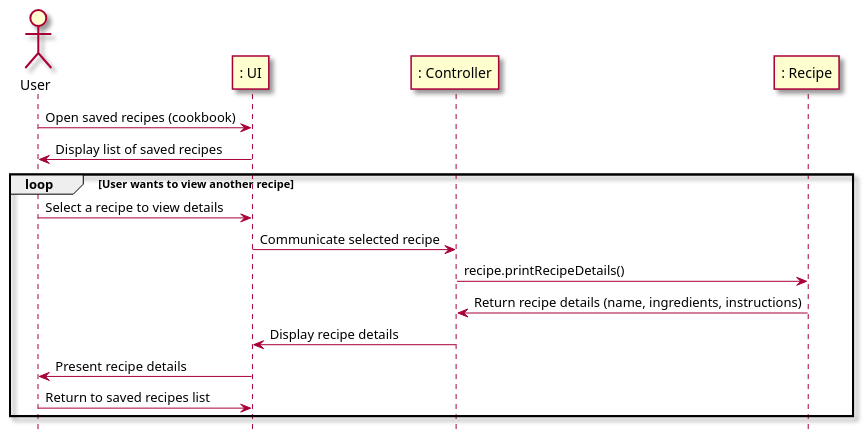
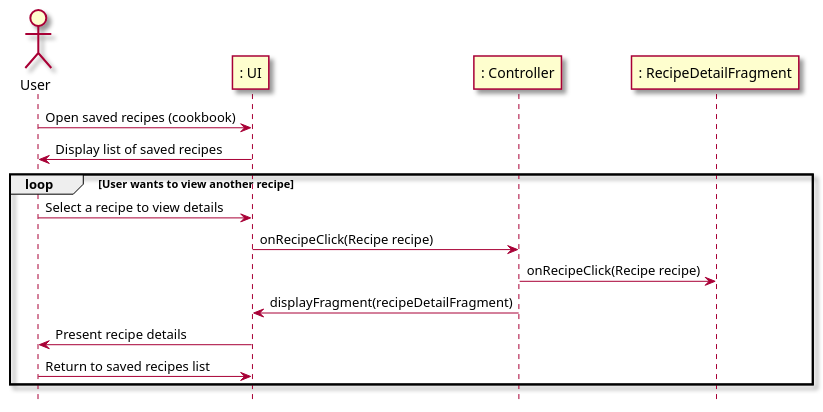
The second of 2 diagrams in intellij/doc/use-cases/view_saved_recipes.md (berthashipper/Pantry-Pal-Android-Application), drawn with PlantUML before and after one commit.

Commit message:
Change descriptive lines into method in view_saved_recipes.md

````diff
--- a/intellij/doc/use-cases/view_saved_recipes.md
+++ b/intellij/doc/use-cases/view_saved_recipes.md
@@ -67,25 +67,24 @@
 ```plantuml
 @startuml
 skin rose
 
 hide footbox
 
 actor User as user
 participant ": UI" as ui
 participant ": Controller" as cont
-participant ": Recipe" as rec
+participant ": RecipeDetailFragment" as rdf
 
 user -> ui: Open saved recipes (cookbook)
 ui -> user: Display list of saved recipes
 loop User wants to view another recipe
     user -> ui: Select a recipe to view details
-    ui -> cont: Communicate selected recipe
-    cont -> rec: recipe.printRecipeDetails()
-    rec -> cont: Return recipe details (name, ingredients, instructions)
-    cont -> ui: Display recipe details
+    ui -> cont: onRecipeClick(Recipe recipe)
+    cont -> rdf: onRecipeClick(Recipe recipe)
+    cont -> ui: displayFragment(recipeDetailFragment)
     ui -> user: Present recipe details
     user -> ui: Return to saved recipes list
 end
 
 @enduml
 ```
````
